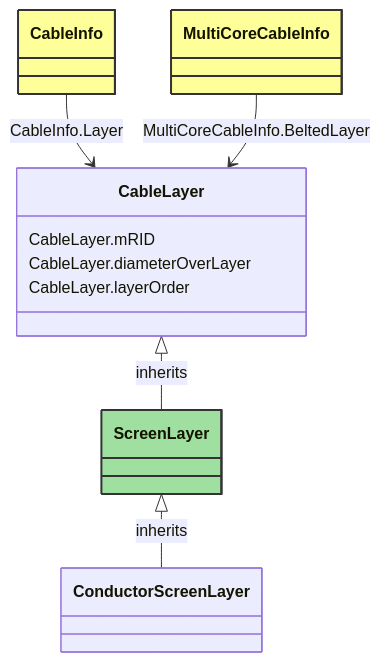
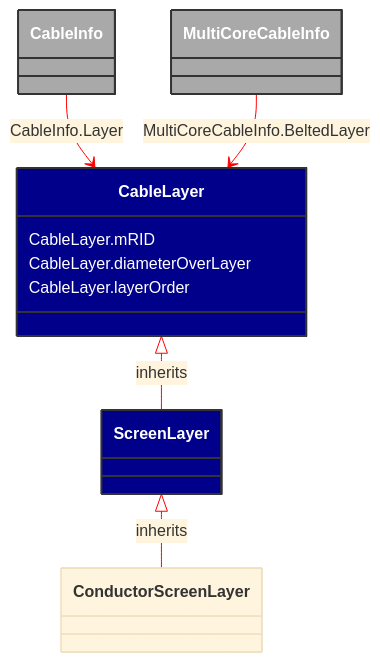
The diagram in docs/Models/Profiles/SubseaCableInfo/ConcreteClasses/ScreenLayer.md (3lbits/NoCIMExtensions), drawn with Mermaid before and after one commit. The commit also changed 58 other files, not shown here.

````diff
--- a/docs/Models/Profiles/SubseaCableInfo/ConcreteClasses/ScreenLayer.md
+++ b/docs/Models/Profiles/SubseaCableInfo/ConcreteClasses/ScreenLayer.md
@@ -8,36 +8,37 @@
 ```mermaid
+%%{init: {'theme':'base','themeVariables': {'lineColor': '#FF0000'}}}%%
 classDiagram
     class ScreenLayer
     click ScreenLayer href "/Models/Profiles/SubseaCableInfo/ConcreteClasses/ScreenLayer/"
-    style ScreenLayer fill:#9fdf9f,stroke:#333,stroke-width:2px,rx:10,ry:10
+    style ScreenLayer fill:#006400,stroke:#333,stroke-width:2px,rx:10,ry:10,color:white
 
         ScreenLayer <|-- ConductorScreenLayer : inherits
             click ScreenLayer href "/Models/Profiles/SubseaCableInfo/ConcreteClasses/ScreenLayer/"
-            style ScreenLayer rx:10,ry:10
+            style ScreenLayer fill:#00008B,stroke:#333,stroke-width:2px,rx:10,ry:10,color:white
 
         ConductorScreenLayer
             click ConductorScreenLayer href "/Models/Profiles/SubseaCableInfo/ConcreteClasses/ConductorScreenLayer/"
-            style ConductorScreenLayer rx:10,ry:10
+            style ScreenLayer fill:#00008B,stroke:#333,stroke-width:2px,rx:10,ry:10,color:white
 
         CableLayer <|-- ScreenLayer : inherits
             click CableLayer href "/Models/Profiles/SubseaCableInfo/AbstractClasses/CableLayer/"
-            style CableLayer rx:10,ry:10
+            style CableLayer fill:#00008B,stroke:#333,stroke-width:2px,rx:10,ry:10,color:white
 
 
         CableInfo --> CableLayer : CableInfo.Layer
 
         CableInfo
             click CableInfo href "/Models/Profiles/SubseaCableInfo/ConcreteClasses/CableInfo/"
-            style CableInfo fill:#ffff99,stroke:#333,stroke-width:2px,rx:10,ry:10
+            style CableInfo fill:#A9A9A9,stroke:#333,stroke-width:2px,rx:10,ry:10,color:white
 
         MultiCoreCableInfo --> CableLayer : MultiCoreCableInfo.BeltedLayer
 
         MultiCoreCableInfo
             click MultiCoreCableInfo href "/Models/Profiles/SubseaCableInfo/ConcreteClasses/MultiCoreCableInfo/"
-            style MultiCoreCableInfo fill:#ffff99,stroke:#333,stroke-width:2px,rx:10,ry:10
+            style MultiCoreCableInfo fill:#A9A9A9,stroke:#333,stroke-width:2px,rx:10,ry:10,color:white
 
 
         CableLayer : CableLayer.mRID
         CableLayer : CableLayer.diameterOverLayer
         CableLayer : CableLayer.layerOrder
 ```
````
